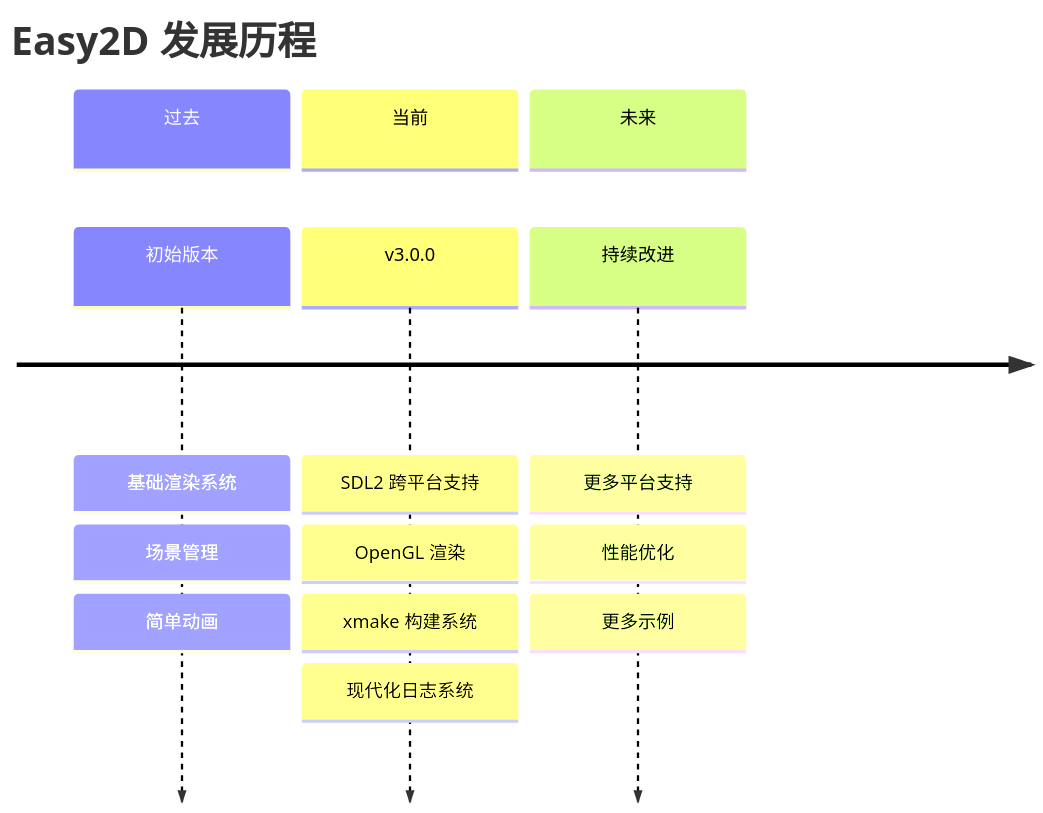
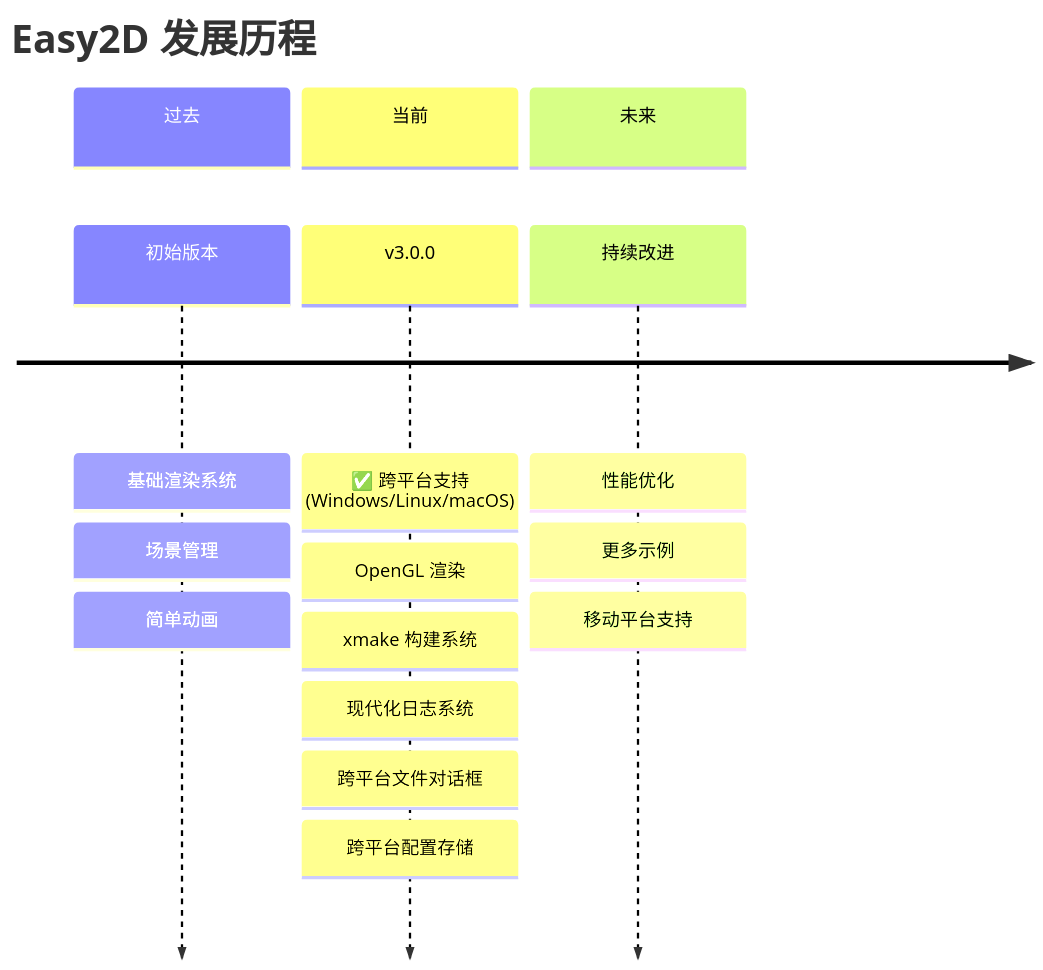
Diagram 15 of 16 in README.md (ChestnutYueyue/Easy2D), drawn with Mermaid before and after one commit. The commit also changed other lines of this file and 1 other file, not shown here.

````diff
--- a/README.md
+++ b/README.md
@@ -814,17 +854,19 @@
 ```mermaid
 timeline
     title Easy2D 发展历程
     section 过去
         初始版本 : 基础渲染系统
                  : 场景管理
                  : 简单动画
     section 当前
-        v3.0.0 : SDL2 跨平台支持
+        v3.0.0 : ✅ 跨平台支持 (Windows/Linux/macOS)
                : OpenGL 渲染
                : xmake 构建系统
                : 现代化日志系统
+               : 跨平台文件对话框
+               : 跨平台配置存储
     section 未来
-        持续改进 : 更多平台支持
-                 : 性能优化
+        持续改进 : 性能优化
                  : 更多示例
+                 : 移动平台支持
 ```
````
